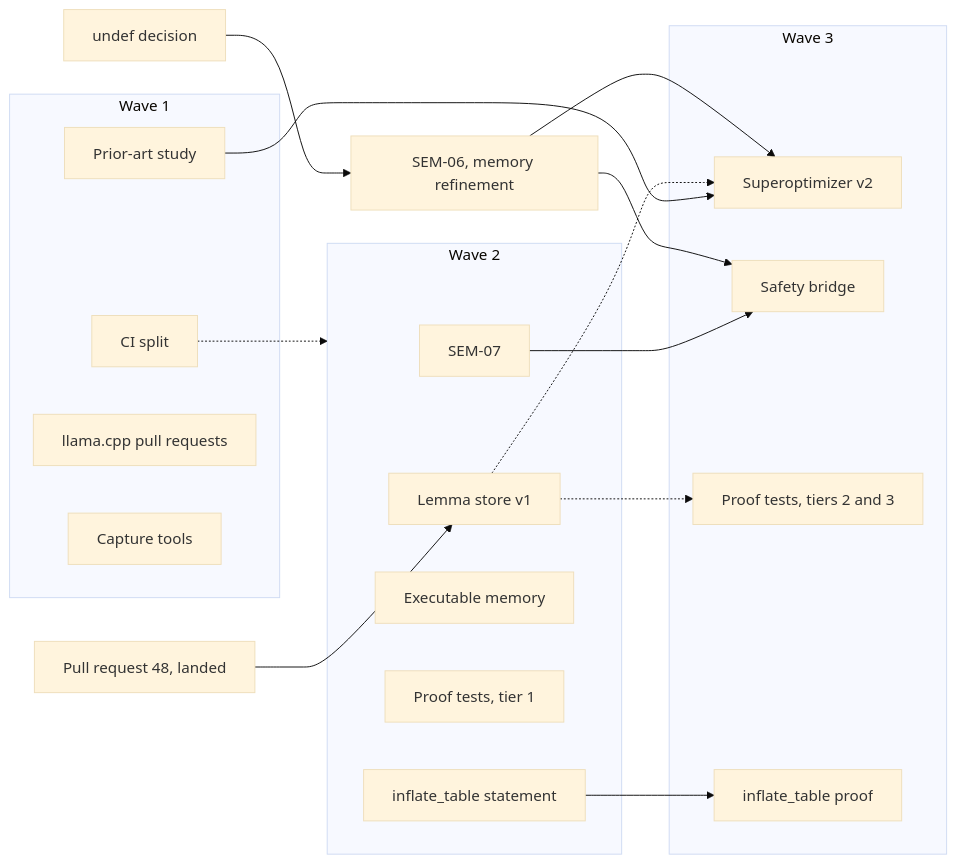
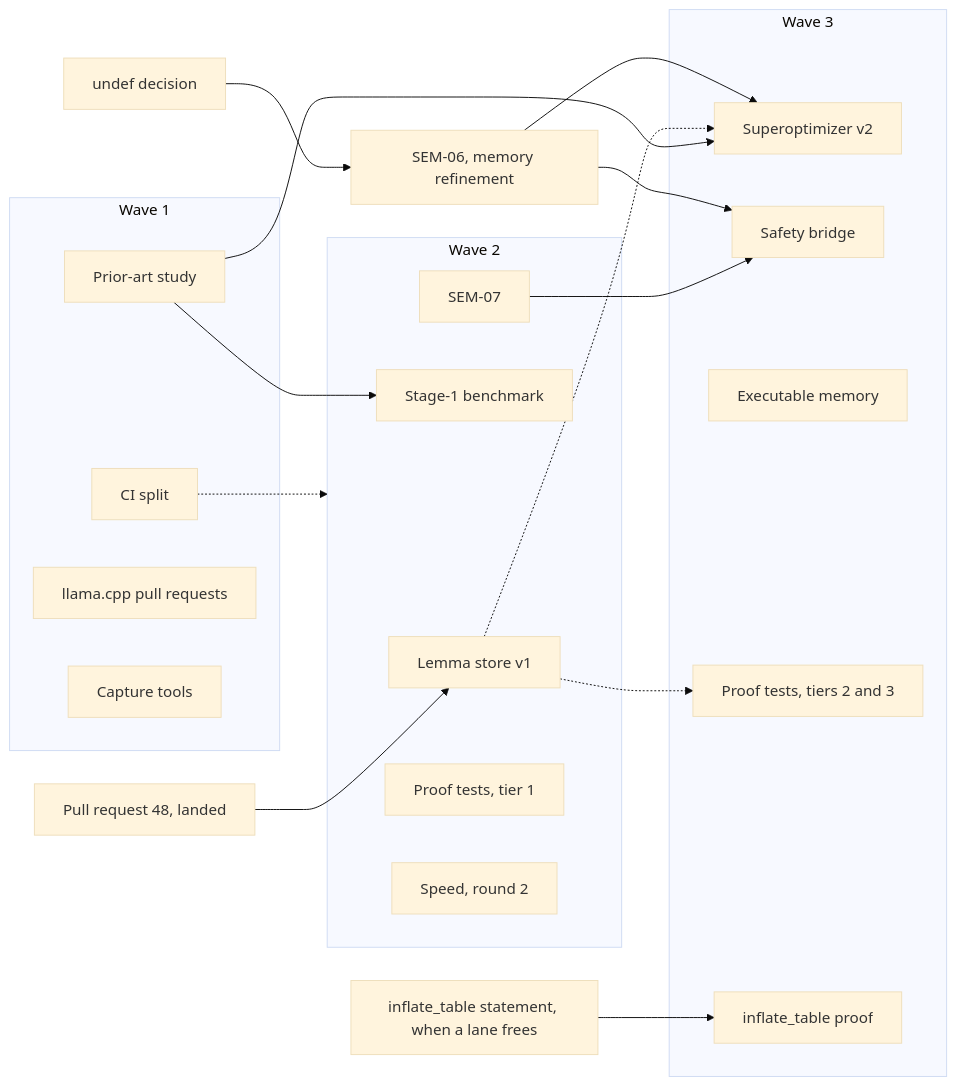
Before and after one commit to phongndo/ir-lean: the second of 2 diagrams in docs/roadmap.md, drawn with Mermaid (base theme). The commit also changed other lines of this file, not shown here.

First line of the commit message:
Record the gate's answer, the study's prior-art changes, and the revised wave 2 in the roadmap

````diff
--- a/docs/roadmap.md
+++ b/docs/roadmap.md
@@ -207,32 +207,35 @@
 ```mermaid
 flowchart LR
   subgraph W1[Wave 1]
     CI[CI split]
     STUDY[Prior-art study]
     RESCUE[llama.cpp pull requests]
     CAPTURE[Capture tools]
   end
   subgraph W2[Wave 2]
     STORE[Lemma store v1]
+    BENCH[Stage-1 benchmark]
     SEM07[SEM-07]
-    EXEC[Executable memory]
     PT1[Proof tests, tier 1]
-    STMT[inflate_table statement]
+    SPEED[Speed, round 2]
   end
   subgraph W3[Wave 3]
     SO2[Superoptimizer v2]
     BRIDGE[Safety bridge]
+    EXEC[Executable memory]
     PT3[Proof tests, tiers 2 and 3]
     PROOF[inflate_table proof]
   end
+  STMT[inflate_table statement, when a lane frees]
   PR48[Pull request 48, landed] --> STORE
   STUDY --> SO2
+  STUDY --> BENCH
   SEM07 --> BRIDGE
   STMT --> PROOF
   CI -.-> W2
   STORE -.-> SO2
   STORE -.-> PT3
   UNDEF[undef decision] --> SEM06[SEM-06, memory refinement]
   SEM06 --> BRIDGE
   SEM06 --> SO2
 ```
````
